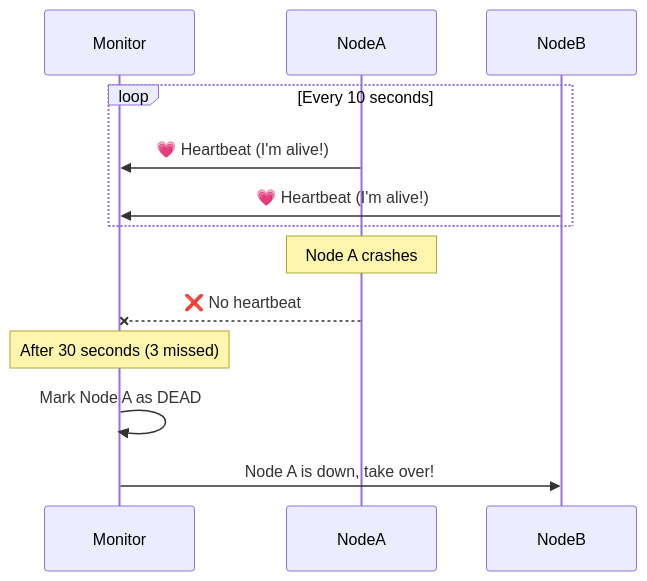
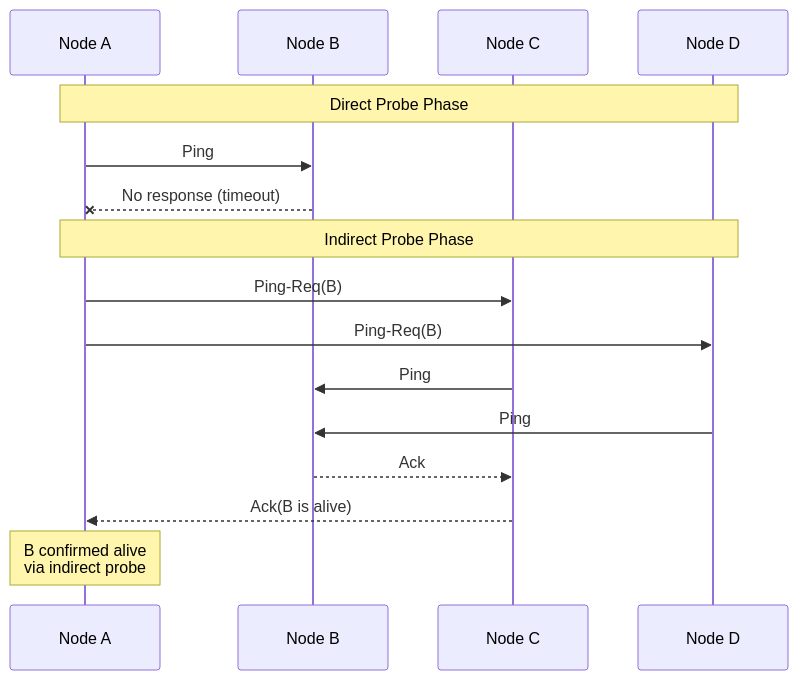
One commit to deepaucksharma/DStudio changed the tenth of 30 diagrams in docs/patterns/heartbeat.md. Above: the diagram before and after it, drawn with Mermaid. The commit also changed other lines of this file and 248 other files, not shown here.

````diff
--- a/docs/patterns/heartbeat.md
+++ b/docs/patterns/heartbeat.md
@@ -41,19 +286,21 @@
 ```mermaid
 sequenceDiagram
-    participant Monitor
-    participant NodeA
-    participant NodeB
+    participant A as Node A
+    participant B as Node B
+    participant C as Node C
+    participant D as Node D
     
-    loop Every 10 seconds
-        NodeA->>Monitor: 💗 Heartbeat (I'm alive!)
-        NodeB->>Monitor: 💗 Heartbeat (I'm alive!)
-    end
+    Note over A,D: Direct Probe Phase
+    A->>B: Ping
+    B--xA: No response (timeout)
     
-    Note over NodeA: Node A crashes
+    Note over A,D: Indirect Probe Phase
+    A->>C: Ping-Req(B)
+    A->>D: Ping-Req(B)
+    C->>B: Ping
+    D->>B: Ping
+    B-->>C: Ack
+    C-->>A: Ack(B is alive)
     
-    NodeA--xMonitor: ❌ No heartbeat
-    
-    Note over Monitor: After 30 seconds (3 missed)
-    Monitor->>Monitor: Mark Node A as DEAD
-    Monitor->>NodeB: Node A is down, take over!
+    Note over A: B confirmed alive<br/>via indirect probe
 ```
````
